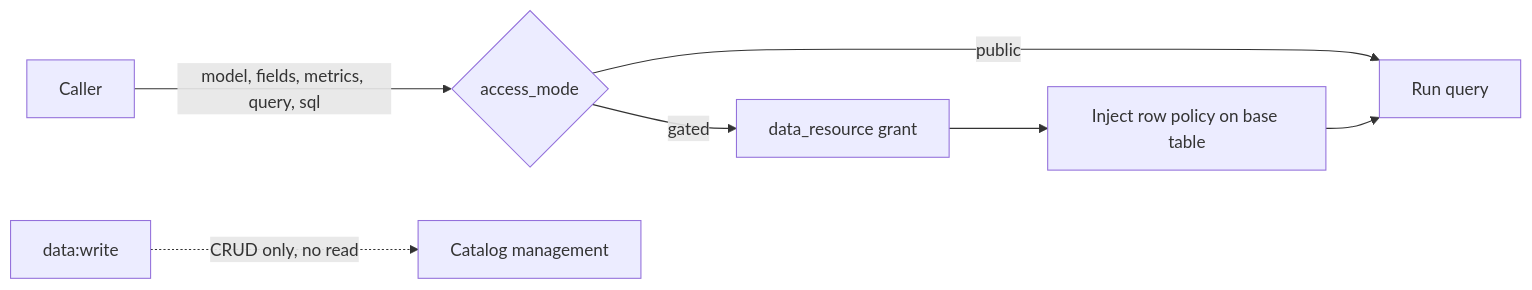
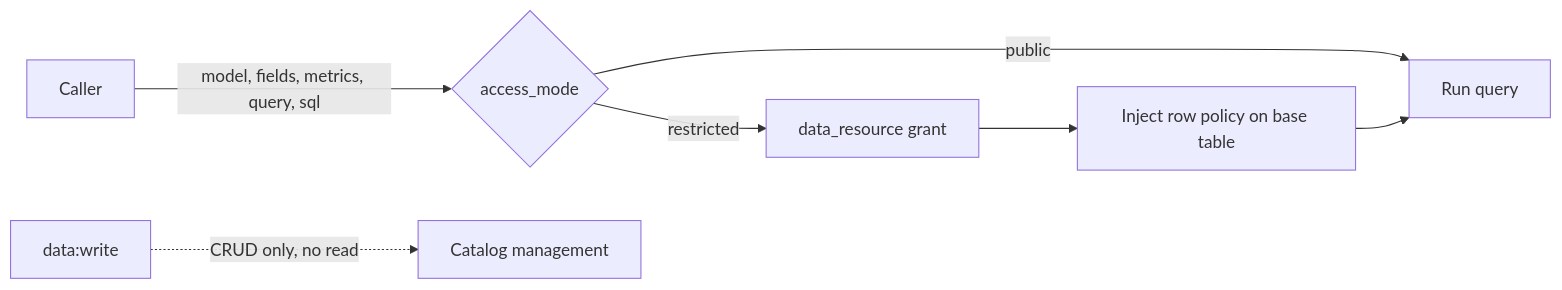
One commit to yingrui/openKMS changed the diagram in docs/features/catalog-data-access.md. Above: the diagram before and after it, drawn with Mermaid. The commit also changed other lines of this file and 23 other files, not shown here.

First line of the commit message:
Say restricted, not gated, and record the terminology rule

````diff
--- a/docs/features/catalog-data-access.md
+++ b/docs/features/catalog-data-access.md
@@ -37,9 +37,9 @@
 ```mermaid
 flowchart LR
   caller[Caller] -->|"model, fields, metrics, query, sql"| plane{access_mode}
   plane -->|public| run[Run query]
-  plane -->|gated| grant["data_resource grant"]
+  plane -->|restricted| grant["data_resource grant"]
   grant --> policy["Inject row policy on base table"]
   policy --> run
   admin["data:write"] -.->|"CRUD only, no read"| catalog[Catalog management]
 ```
````
